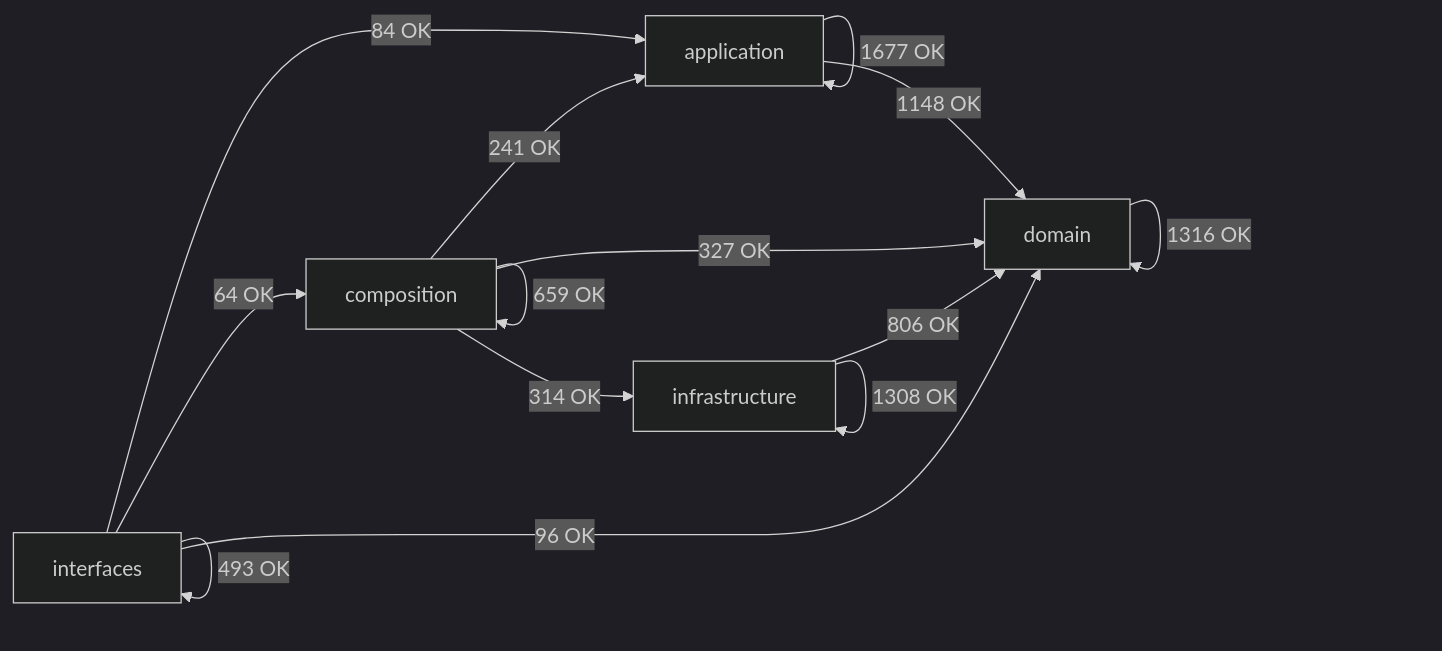
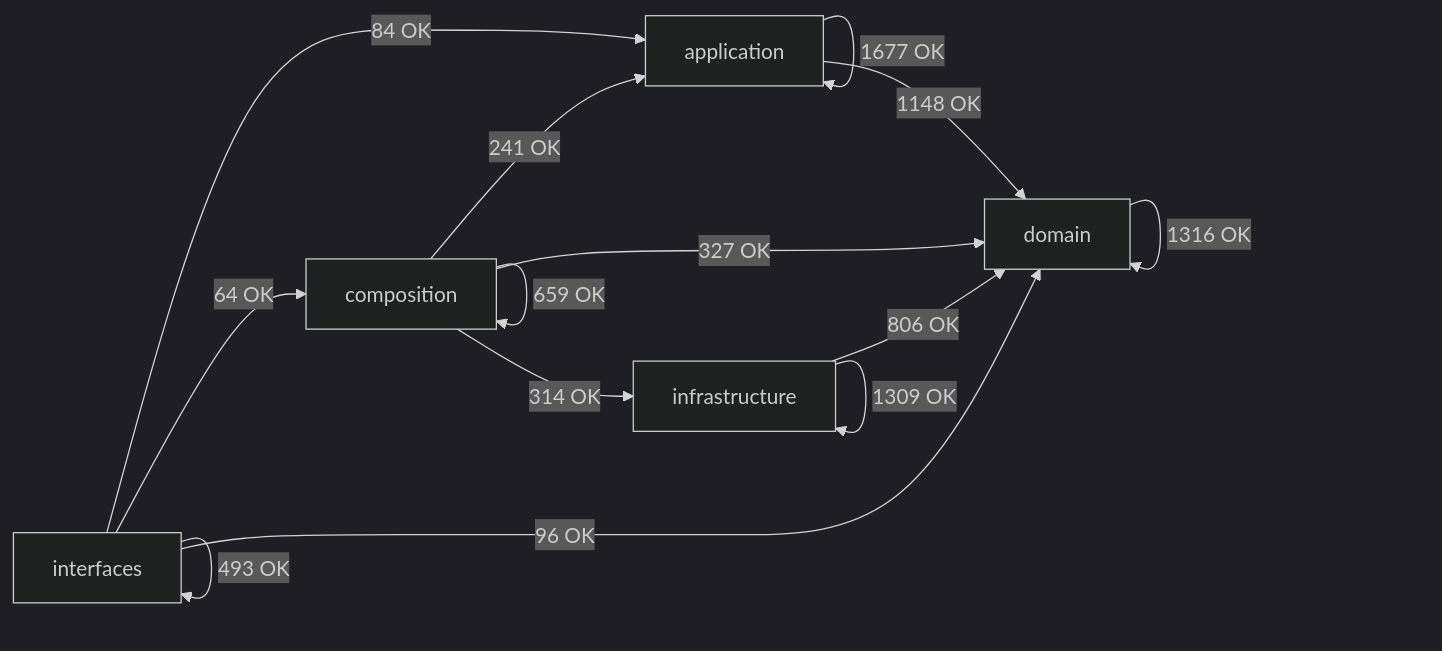
Before and after one commit to SatoryKono/BioactivityDataAcquisition: the diagram in docs/02-architecture/generated/module-dependency-map.md, drawn with Mermaid (dark theme). The commit also changed other lines of this file and 21 other files, not shown here.

````diff
--- a/docs/02-architecture/generated/module-dependency-map.md
+++ b/docs/02-architecture/generated/module-dependency-map.md
@@ -17,21 +17,21 @@
 ```mermaid
 flowchart LR
     domain[domain]
     application[application]
     infrastructure[infrastructure]
     composition[composition]
     interfaces[interfaces]
     application -->|1677 OK| application
     application -->|1148 OK| domain
     composition -->|241 OK| application
     composition -->|659 OK| composition
     composition -->|327 OK| domain
     composition -->|314 OK| infrastructure
     domain -->|1316 OK| domain
     infrastructure -->|806 OK| domain
-    infrastructure -->|1308 OK| infrastructure
+    infrastructure -->|1309 OK| infrastructure
     interfaces -->|84 OK| application
     interfaces -->|64 OK| composition
     interfaces -->|96 OK| domain
     interfaces -->|493 OK| interfaces
 ```
````
